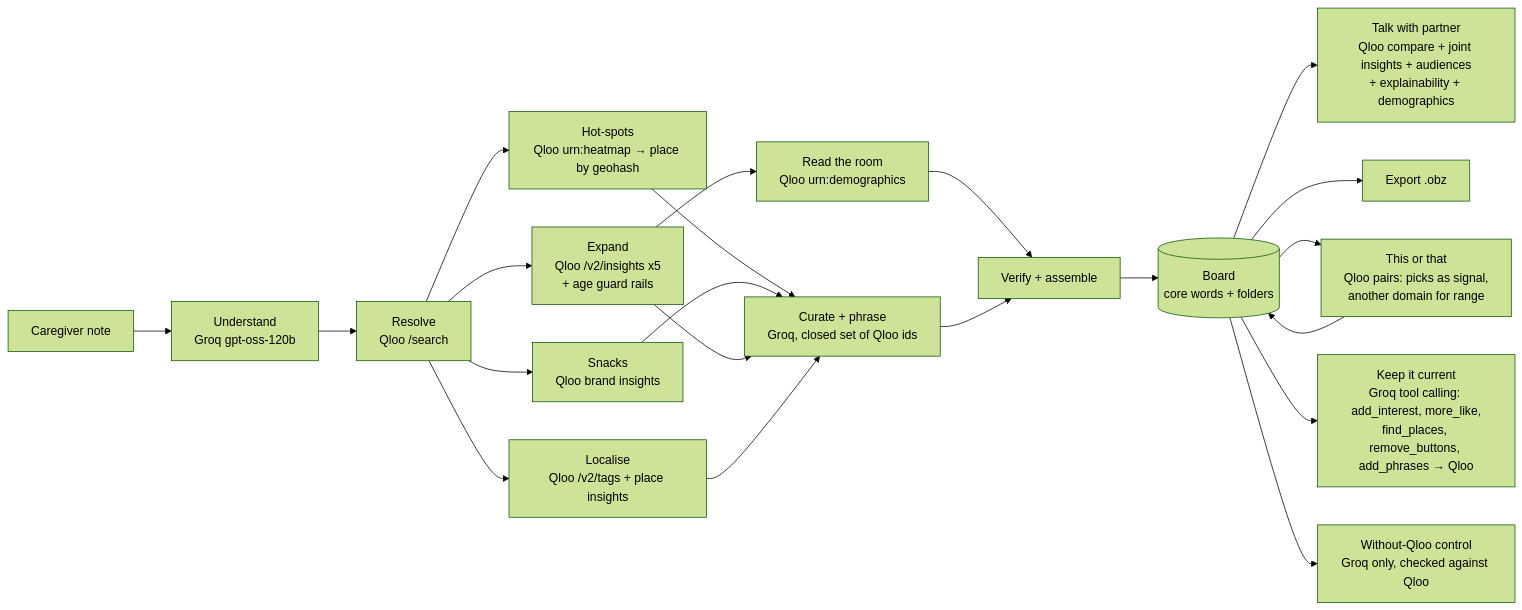
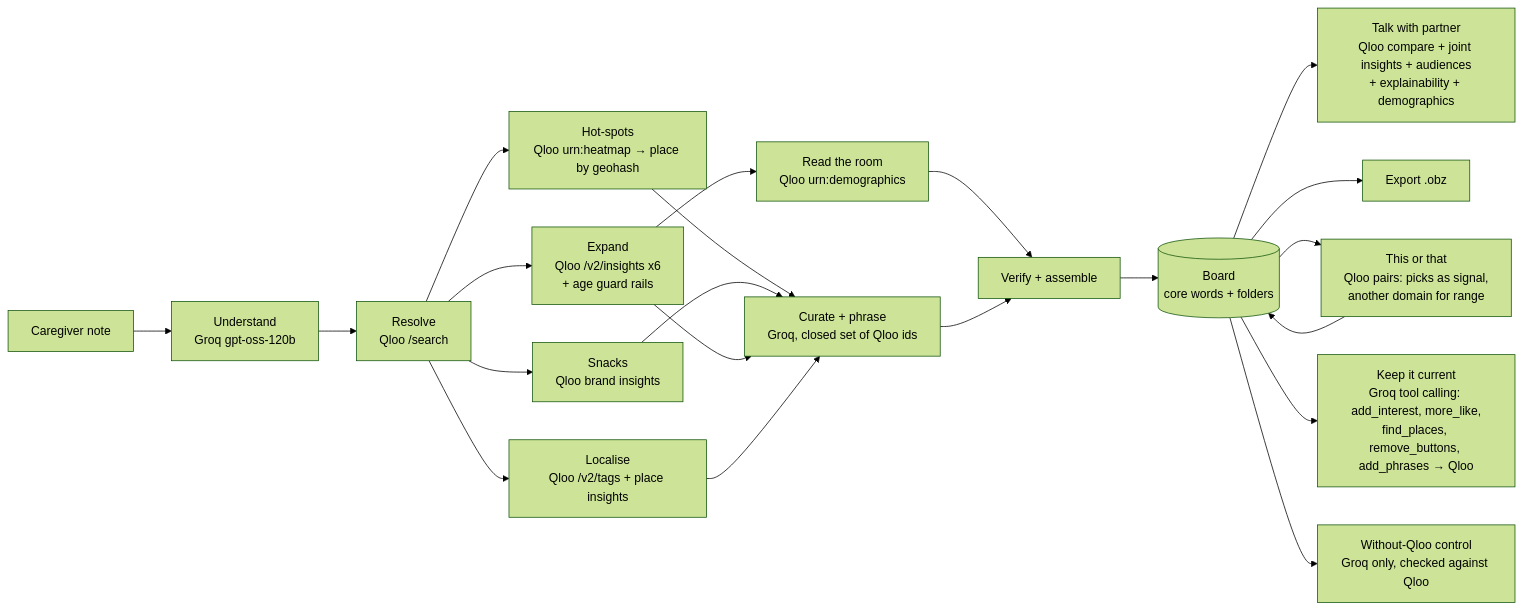
Before and after one commit to Arnav020/fringe: the diagram in README.md, drawn with Mermaid (forest theme). The commit also changed other lines of this file and 1 other file, not shown here.

Commit message:
Up-to-date button count and timing in the docs

````diff
--- a/README.md
+++ b/README.md
@@ -67,23 +67,23 @@
 ```mermaid
 flowchart LR
   A[Caregiver note] --> U[Understand<br/>Groq gpt-oss-120b]
   U --> R[Resolve<br/>Qloo /search]
-  R --> E[Expand<br/>Qloo /v2/insights x5<br/>+ age guard rails]
+  R --> E[Expand<br/>Qloo /v2/insights x6<br/>+ age guard rails]
   R --> L[Localise<br/>Qloo /v2/tags + place insights]
   R --> H[Hot-spots<br/>Qloo urn:heatmap → place by geohash]
   R --> S[Snacks<br/>Qloo brand insights]
   E --> D[Read the room<br/>Qloo urn:demographics]
   H --> C
   S --> C
   E --> C[Curate + phrase<br/>Groq, closed set of Qloo ids]
   L --> C
   D --> V[Verify + assemble]
   C --> V
   V --> B[(Board<br/>core words + folders)]
   B --> P[Talk with partner<br/>Qloo compare + joint insights + audiences<br/>+ explainability + demographics]
   B --> X[Export .obz]
   B --> T[This or that<br/>Qloo pairs: picks as signal,<br/>another domain for range]
   T --> B
   B --> K[Keep it current<br/>Groq tool calling: add_interest, more_like,<br/>find_places, remove_buttons, add_phrases → Qloo]
   B --> N[Without-Qloo control<br/>Groq only, checked against Qloo]
 ```
````
